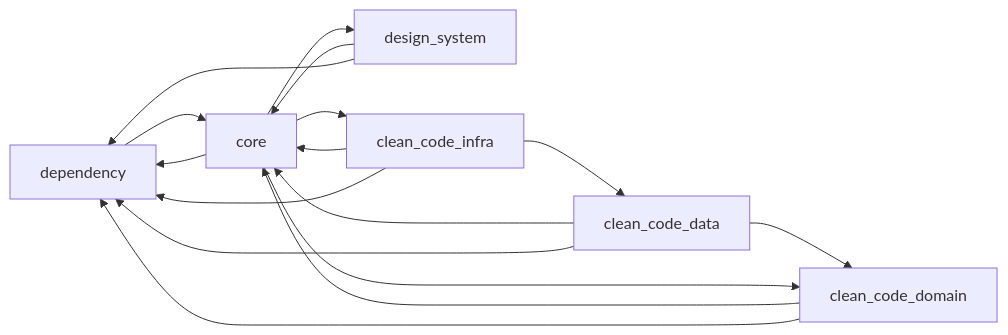
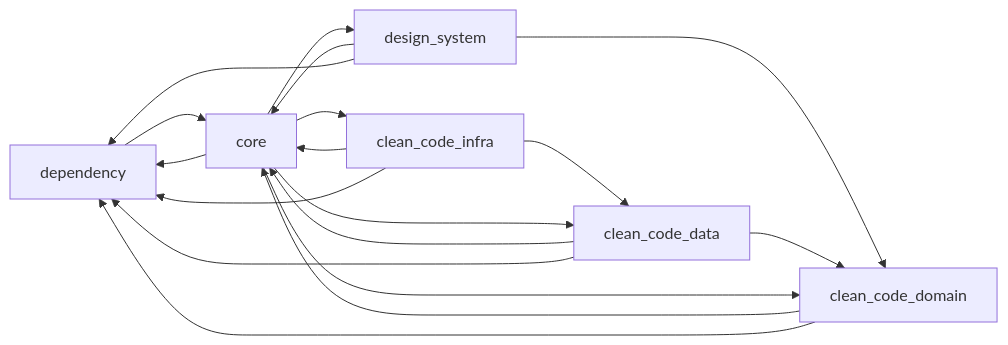
One commit to cassiomeira12/flutter_demo_app changed the third of 3 diagrams in docs/packages-guide.md. Above: the diagram before and after it, drawn with Mermaid. The commit also changed other lines of this file and 808 other files, not shown here.

````diff
--- a/docs/packages-guide.md
+++ b/docs/packages-guide.md
@@ -167,22 +171,24 @@
 ```mermaid
 graph LR
     dependency --> core
     design_system --> core
     design_system --> dependency
+    design_system --> clean_code_domain
 
     clean_code_data --> clean_code_domain
     clean_code_data --> core
     clean_code_data --> dependency
 
     clean_code_domain --> core
     clean_code_domain --> dependency
 
     clean_code_infra --> clean_code_data
     clean_code_infra --> core
     clean_code_infra --> dependency
 
+    core --> clean_code_data
     core --> clean_code_domain
     core --> clean_code_infra
     core --> dependency
     core --> design_system
 ```
````
